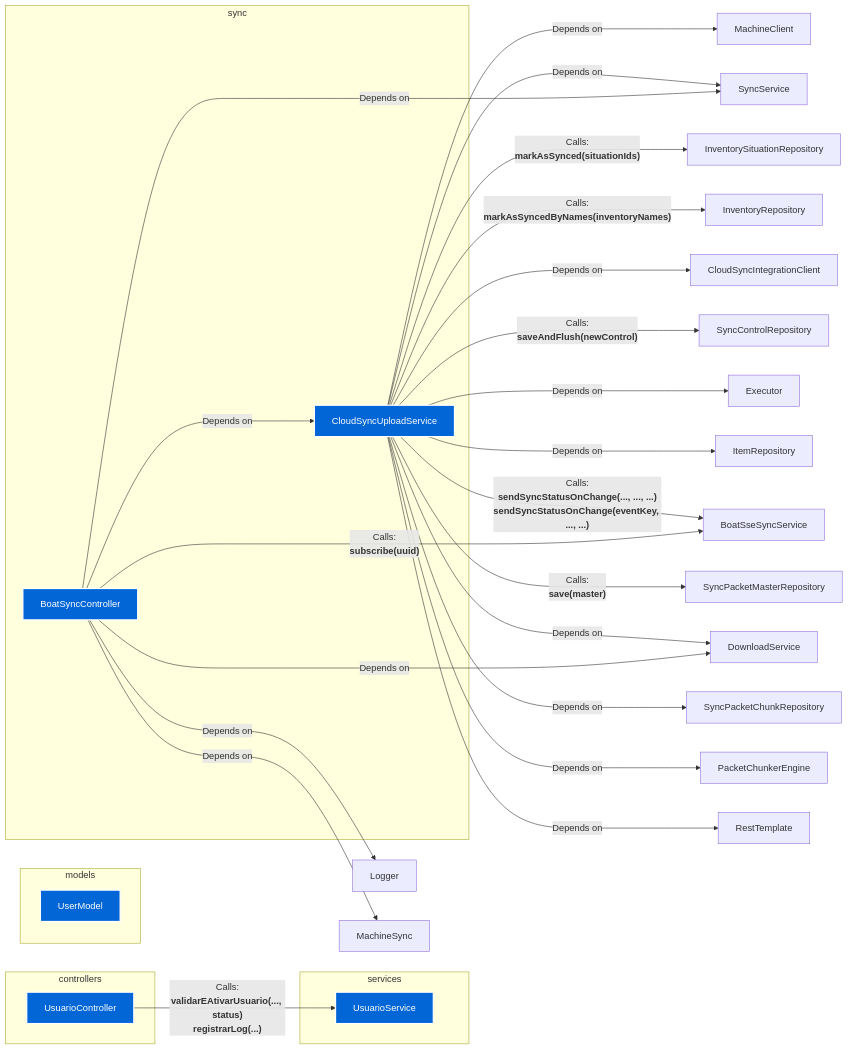
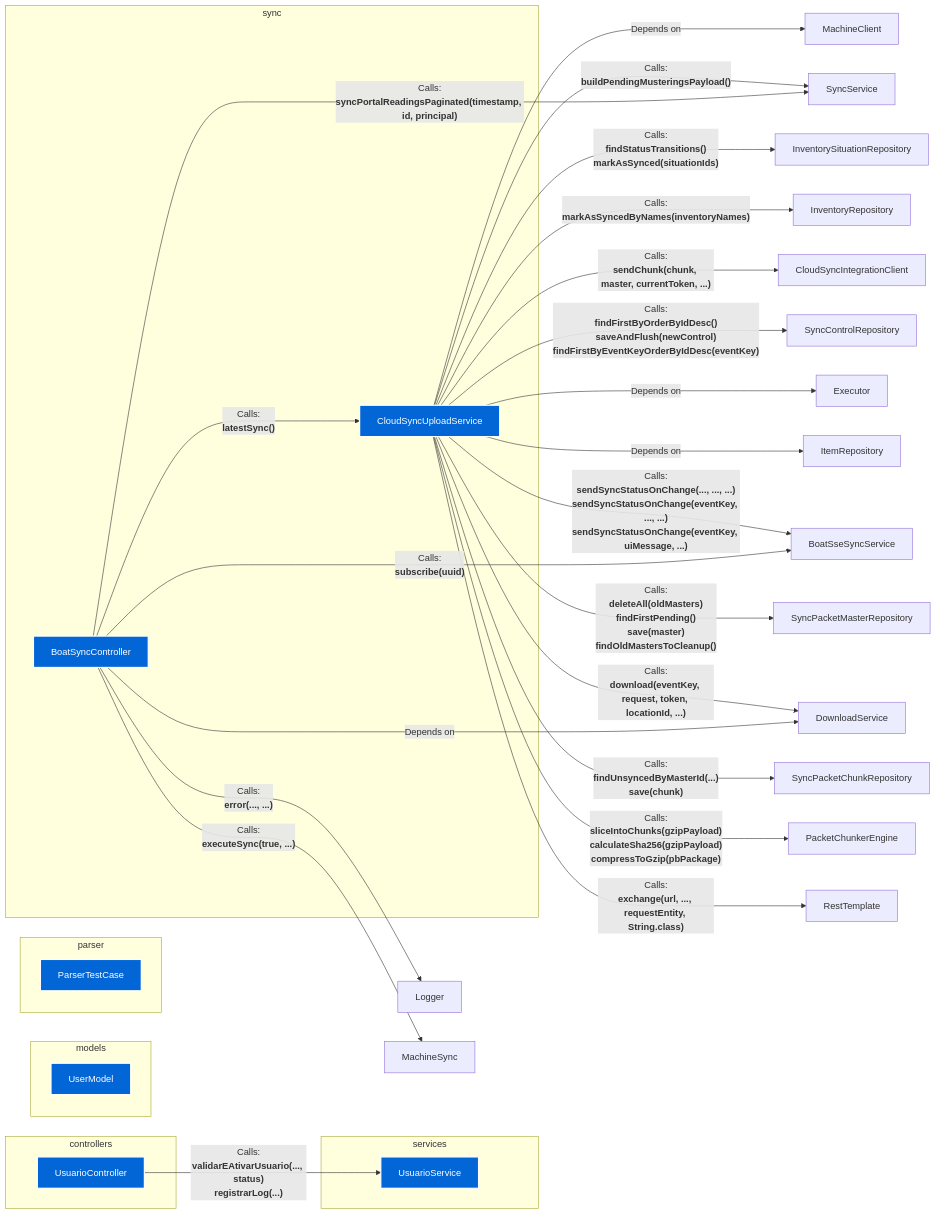
Before and after one commit to FelipeMCassiano/geanky: the diagram in docs/00_Architecture_Overview.md, drawn with Mermaid. The commit also changed 18 other files, not shown here.

````diff
--- a/docs/00_Architecture_Overview.md
+++ b/docs/00_Architecture_Overview.md
@@ -6,9 +6,7 @@
 ```mermaid
 flowchart LR
-    %% Styling
     classDef classNode fill:#0366d6,stroke:#fff,stroke-width:2px,color:#fff;
     
-    %% Nodes Creation Grouped by Package
     
     subgraph controllers
         
@@ -19,6 +17,12 @@
     subgraph models
         
         UserModel["UserModel"]:::classNode
+        
+    end
+    
+    subgraph parser
+        
+        ParserTestCase["ParserTestCase"]:::classNode
         
     end
     
@@ -37,7 +41,36 @@
     end
     
 
-    %% Relationships / Dependencies
+    
+    
+    
+    
+    
+    
+    
+    
+        
+        
+            UsuarioController -->|"Calls:<br><b>validarEAtivarUsuario(..., status)<br>registrarLog(...)</b>"| UsuarioService
+        
+    
+    
+    
+    
+    
+    
+    
+    
+    
+    
+    
+    
+    
+    
+    
+    
+    
+    
     
     
     
@@ -57,20 +90,43 @@
     
         
         
+            BoatSyncController -->|"Calls:<br><b>error(..., ...)</b>"| Logger
         
-        
-            UsuarioController -->|"Calls:<br><b>validarEAtivarUsuario(..., status)<br>registrarLog(...)</b>"| UsuarioService
-        
-
     
     
     
+        
+        
+            BoatSyncController -->|"Calls:<br><b>syncPortalReadingsPaginated(timestamp, id, principal)</b>"| SyncService
+        
     
     
     
+        
+        
+            BoatSyncController -->|"Calls:<br><b>latestSync()</b>"| CloudSyncUploadService
+        
     
     
     
+        
+        
+            BoatSyncController -->|"Calls:<br><b>subscribe(uuid)</b>"| BoatSseSyncService
+        
+    
+    
+    
+        
+        
+            BoatSyncController -->|"Depends on"| DownloadService
+        
+    
+    
+    
+        
+        
+            BoatSyncController -->|"Calls:<br><b>executeSync(true, ...)</b>"| MachineSync
+        
     
     
     
@@ -81,206 +137,99 @@
     
         
         
+            CloudSyncUploadService -->|"Depends on"| MachineClient
         
-        
-            BoatSyncController -->|"Depends on"| Logger
-        
-
     
     
     
         
         
+            CloudSyncUploadService -->|"Calls:<br><b>findStatusTransitions()<br>markAsSynced(situationIds)</b>"| InventorySituationRepository
         
-        
-            BoatSyncController -->|"Depends on"| SyncService
-        
-
     
     
     
         
         
+            CloudSyncUploadService -->|"Calls:<br><b>markAsSyncedByNames(inventoryNames)</b>"| InventoryRepository
         
-        
-            BoatSyncController -->|"Depends on"| CloudSyncUploadService
-        
-
     
     
     
         
         
+            CloudSyncUploadService -->|"Calls:<br><b>buildPendingMusteringsPayload()</b>"| SyncService
         
-        
-            BoatSyncController -->|"Calls:<br><b>subscribe(uuid)</b>"| BoatSseSyncService
-        
-
     
     
     
         
         
+            CloudSyncUploadService -->|"Calls:<br><b>sendChunk(chunk, master, currentToken, ...)</b>"| CloudSyncIntegrationClient
         
-        
-            BoatSyncController -->|"Depends on"| DownloadService
-        
-
     
     
     
         
         
+            CloudSyncUploadService -->|"Calls:<br><b>findFirstByOrderByIdDesc()<br>saveAndFlush(newControl)<br>findFirstByEventKeyOrderByIdDesc(eventKey)</b>"| SyncControlRepository
         
-        
-            BoatSyncController -->|"Depends on"| MachineSync
-        
-
-    
-    
-    
-    
-    
     
     
     
         
         
+            CloudSyncUploadService -->|"Calls:<br><b>sendSyncStatusOnChange(..., ..., ...)<br>sendSyncStatusOnChange(eventKey, ..., ...)<br>sendSyncStatusOnChange(eventKey, uiMessage, ...)</b>"| BoatSseSyncService
         
-        
-            CloudSyncUploadService -->|"Depends on"| MachineClient
-        
-
     
     
     
         
         
+            CloudSyncUploadService -->|"Calls:<br><b>download(eventKey, request, token, locationId, ...)</b>"| DownloadService
         
-        
-            CloudSyncUploadService -->|"Calls:<br><b>markAsSynced(situationIds)</b>"| InventorySituationRepository
-        
-
     
     
     
         
         
+            CloudSyncUploadService -->|"Depends on"| Executor
         
-        
-            CloudSyncUploadService -->|"Calls:<br><b>markAsSyncedByNames(inventoryNames)</b>"| InventoryRepository
-        
-
     
     
     
         
         
+            CloudSyncUploadService -->|"Depends on"| ItemRepository
         
-        
-            CloudSyncUploadService -->|"Depends on"| SyncService
-        
-
     
     
     
         
         
+            CloudSyncUploadService -->|"Calls:<br><b>deleteAll(oldMasters)<br>findFirstPending()<br>save(master)<br>findOldMastersToCleanup()</b>"| SyncPacketMasterRepository
         
-        
-            CloudSyncUploadService -->|"Depends on"| CloudSyncIntegrationClient
-        
-
     
     
     
         
         
+            CloudSyncUploadService -->|"Calls:<br><b>findUnsyncedByMasterId(...)<br>save(chunk)</b>"| SyncPacketChunkRepository
         
-        
-            CloudSyncUploadService -->|"Calls:<br><b>saveAndFlush(newControl)</b>"| SyncControlRepository
-        
-
     
     
     
         
         
+            CloudSyncUploadService -->|"Calls:<br><b>sliceIntoChunks(gzipPayload)<br>calculateSha256(gzipPayload)<br>compressToGzip(pbPackage)</b>"| PacketChunkerEngine
         
-        
-            CloudSyncUploadService -->|"Calls:<br><b>sendSyncStatusOnChange(..., ..., ...)<br>sendSyncStatusOnChange(eventKey, ..., ...)</b>"| BoatSseSyncService
-        
-
     
     
     
         
         
+            CloudSyncUploadService -->|"Calls:<br><b>exchange(url, ..., requestEntity, String.class)</b>"| RestTemplate
         
-        
-            CloudSyncUploadService -->|"Depends on"| DownloadService
-        
-
-    
-    
-    
-        
-        
-        
-        
-            CloudSyncUploadService -->|"Depends on"| Executor
-        
-
-    
-    
-    
-        
-        
-        
-        
-            CloudSyncUploadService -->|"Depends on"| ItemRepository
-        
-
-    
-    
-    
-        
-        
-        
-        
-            CloudSyncUploadService -->|"Calls:<br><b>save(master)</b>"| SyncPacketMasterRepository
-        
-
-    
-    
-    
-        
-        
-        
-        
-            CloudSyncUploadService -->|"Depends on"| SyncPacketChunkRepository
-        
-
-    
-    
-    
-        
-        
-        
-        
-            CloudSyncUploadService -->|"Depends on"| PacketChunkerEngine
-        
-
-    
-    
-    
-        
-        
-        
-        
-            CloudSyncUploadService -->|"Depends on"| RestTemplate
-        
-
     
     
     
````
